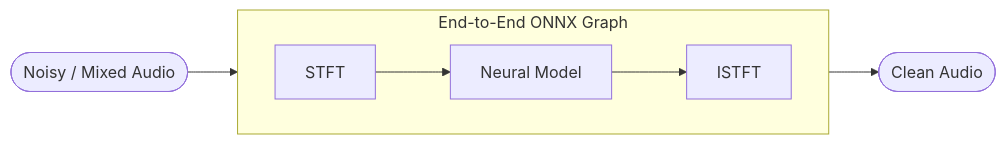
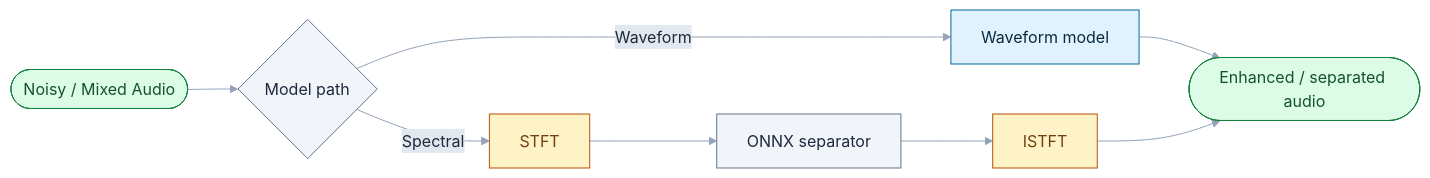
The diagram in README.md (DakeQQ/Audio-Denoiser-ONNX), drawn with Mermaid before and after one commit. The commit also changed other lines of this file and 3 other files, not shown here.

````diff
--- a/README.md
+++ b/README.md
@@ -20,9 +20,20 @@
 ```mermaid
+%%{init:{"theme":"base","themeVariables":{"lineColor":"#94a3b8","edgeLabelBackground":"#e2e8f0","primaryTextColor":"#1e293b"}}}%%
 flowchart LR
-    A([Noisy / Mixed Audio]) --> S
-    subgraph G["End-to-End ONNX Graph"]
-        direction LR
-        S[STFT] --> M[Neural Model] --> I[ISTFT]
-    end
-    I --> O([Clean Audio])
+    A([Noisy / Mixed Audio]) --> D{Model path}
+    D -->|Waveform| W[Waveform model]
+    D -->|Spectral| S[STFT]
+    S --> M[ONNX separator]
+    M --> I[ISTFT]
+    W --> O([Enhanced / separated audio])
+    I --> O
+    classDef audio fill:#dcfce7,color:#14532d,stroke:#15803d
+    classDef choice fill:#f1f5f9,color:#1e293b,stroke:#64748b
+    classDef waveform fill:#e0f2fe,color:#0c2a3d,stroke:#0369a1
+    classDef spectral fill:#fef3c7,color:#713f12,stroke:#b45309
+    class A,O audio
+    class D choice
+    class W waveform
+    class S,I spectral
+    class M choice
 ```
````
